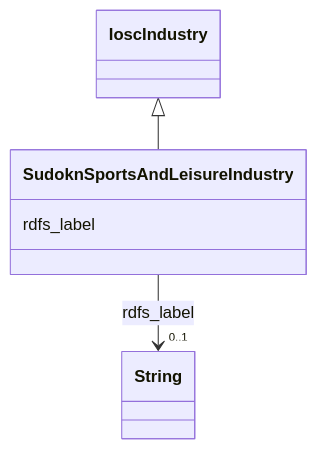
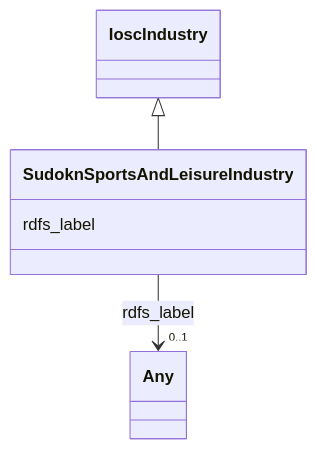
One commit to frink-okn/graph-descriptions changed the diagram in sudokn-kg/classes/SudoknSportsAndLeisureIndustry.md. Above: the diagram before and after it, drawn with Mermaid. The commit also changed other lines of this file and 903 other files, not shown here.

````diff
--- a/sudokn-kg/classes/SudoknSportsAndLeisureIndustry.md
+++ b/sudokn-kg/classes/SudoknSportsAndLeisureIndustry.md
@@ -23,18 +18,18 @@
 ```mermaid
  classDiagram
     class SudoknSportsAndLeisureIndustry
     click SudoknSportsAndLeisureIndustry href "../SudoknSportsAndLeisureIndustry"
       IoscIndustry <|-- SudoknSportsAndLeisureIndustry
         click IoscIndustry href "../IoscIndustry"
       
       SudoknSportsAndLeisureIndustry : rdfs_label
         
           
     
     
-    SudoknSportsAndLeisureIndustry --> "0..1" String : rdfs_label
-    click String href "../String"
+    SudoknSportsAndLeisureIndustry --> "0..1" Any : rdfs_label
+    click Any href "../Any"
 
         
       
 ```
````
